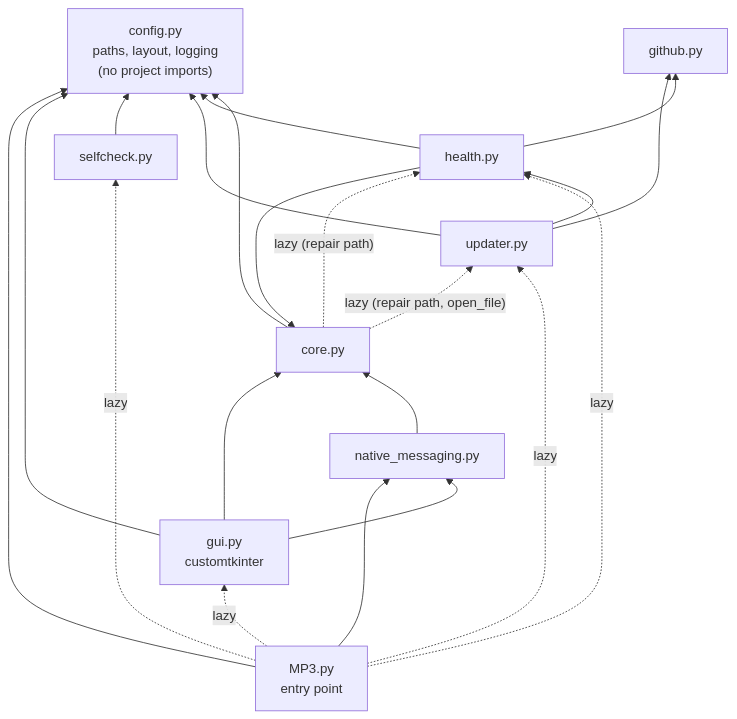
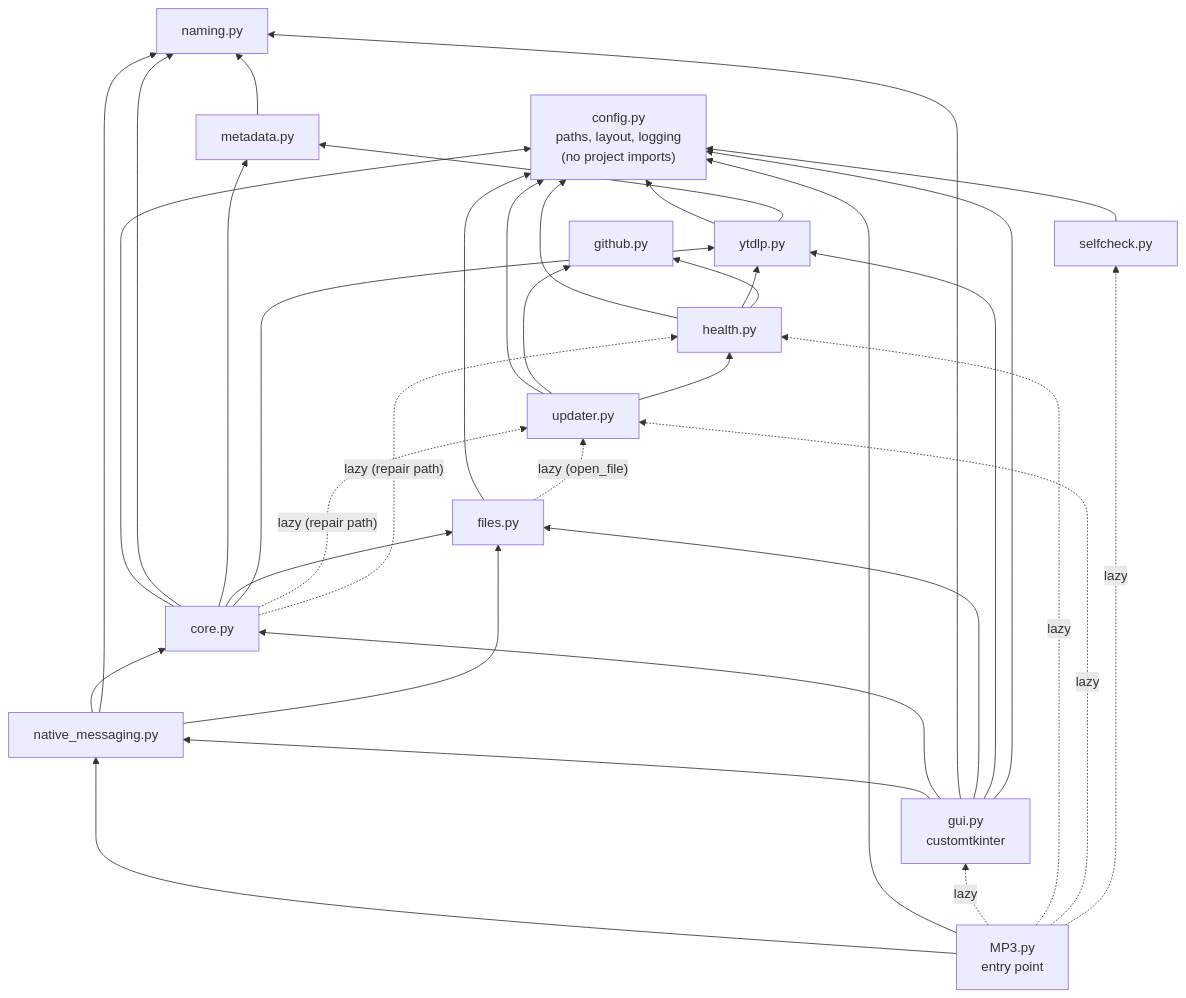
Before and after one commit to martin-iflap/YT-MP3-Downloader: the seventh of 22 diagrams in ARCHITECTURE.md, drawn with Mermaid. The commit also changed other lines of this file and 17 other files, not shown here.

````diff
--- a/ARCHITECTURE.md
+++ b/ARCHITECTURE.md
@@ -416,33 +420,52 @@
 ```mermaid
 flowchart BT
     CFG["config.py<br/>paths, layout, logging<br/>(no project imports)"]
     CORE["core.py"]
     NM["native_messaging.py"]
     GH["github.py"]
     HE["health.py"]
     UP["updater.py"]
     SC["selfcheck.py"]
     GUI["gui.py<br/>customtkinter"]
     MP3["MP3.py<br/>entry point"]
 
+    NA["naming.py"]
+    ME["metadata.py"]
+    FI["files.py"]
+    YD["ytdlp.py"]
+
     CORE --> CFG
+    CORE --> NA
+    CORE --> ME
+    CORE --> FI
+    CORE --> YD
+    YD --> CFG
+    YD --> ME
+    ME --> NA
+    FI --> CFG
     NM --> CORE
+    NM --> NA
+    NM --> FI
     HE --> CFG
-    HE --> CORE
+    HE --> YD
     HE --> GH
     UP --> CFG
     UP --> GH
     UP --> HE
     SC --> CFG
     GUI --> NM
     GUI --> CORE
+    GUI --> NA
+    GUI --> FI
+    GUI --> YD
     GUI --> CFG
     MP3 --> NM
     MP3 --> CFG
     MP3 -. "lazy" .-> GUI
     MP3 -. "lazy" .-> HE
     MP3 -. "lazy" .-> UP
     MP3 -. "lazy" .-> SC
-    CORE -. "lazy (repair path, open_file)" .-> UP
+    CORE -. "lazy (repair path)" .-> UP
     CORE -. "lazy (repair path)" .-> HE
+    FI -. "lazy (open_file)" .-> UP
 ```
````
